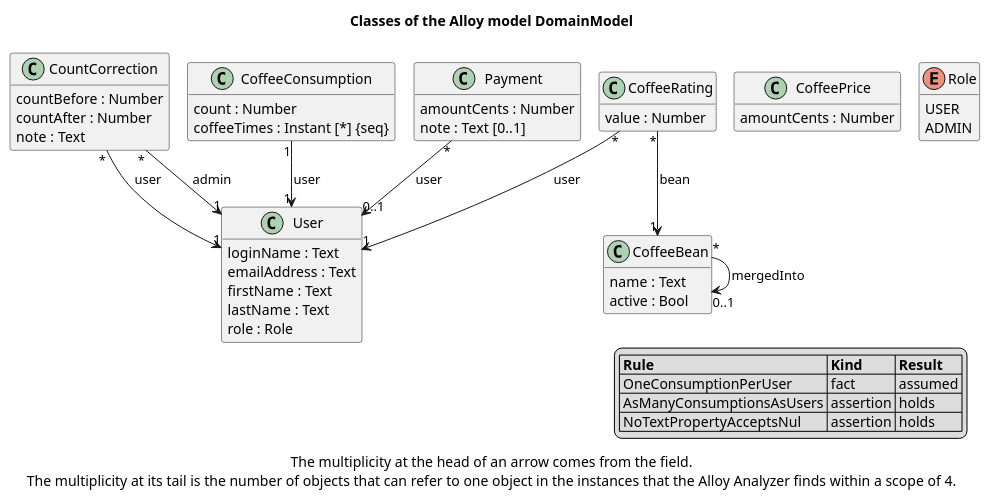
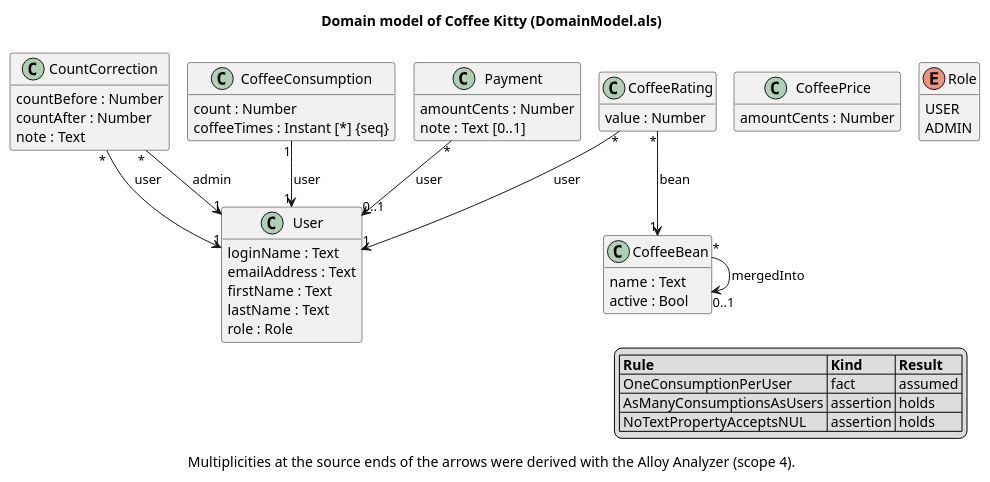
Before and after one commit to se-uhd/coffee-kitty: the diagram in doc/class-diagrams/DomainModel.puml, drawn with PlantUML. The commit also changed 8 other files, not shown here.

First line of the commit message:
fix(models): keep the multiplicities of the class diagram off arrows

```diff
--- a/doc/class-diagrams/DomainModel.puml
+++ b/doc/class-diagrams/DomainModel.puml
@@ -1,54 +1,54 @@
 @startuml
 !pragma layout smetana
 hide methods
 skinparam classAttributeIconSize 0
-title Classes of the Alloy model DomainModel
+title Domain model of Coffee Kitty (DomainModel.als)
 class User {
   loginName : Text
   emailAddress : Text
   firstName : Text
   lastName : Text
   role : Role
 }
 class CoffeeConsumption {
   count : Number
   coffeeTimes : Instant [*] {seq}
 }
 class CountCorrection {
   countBefore : Number
   countAfter : Number
   note : Text
 }
 class CoffeeBean {
   name : Text
   active : Bool
 }
 class CoffeeRating {
   value : Number
 }
 class CoffeePrice {
   amountCents : Number
 }
 class Payment {
   amountCents : Number
   note : Text [0..1]
 }
 enum Role {
   USER
   ADMIN
 }
 CoffeeConsumption "1" --> "1" User : user
 CountCorrection "*" --> "1" User : user
 CountCorrection "*" --> "1" User : admin
 CoffeeBean "*" --> "0..1" CoffeeBean : mergedInto
 CoffeeRating "*" --> "1" User : user
 CoffeeRating "*" --> "1" CoffeeBean : bean
 Payment "*" --> "0..1" User : user
 legend right
 |= Rule |= Kind |= Result |
 | OneConsumptionPerUser | fact | assumed |
 | AsManyConsumptionsAsUsers | assertion | holds |
-| NoTextPropertyAcceptsNul | assertion | holds |
+| NoTextPropertyAcceptsNUL | assertion | holds |
 endlegend
-caption The multiplicity at the head of an arrow comes from the field.\nThe multiplicity at its tail is the number of objects that can refer to one object in the instances that the Alloy Analyzer finds within a scope of 4.
+caption Multiplicities at the source ends of the arrows were derived with the Alloy Analyzer (scope 4).
 @enduml
```
